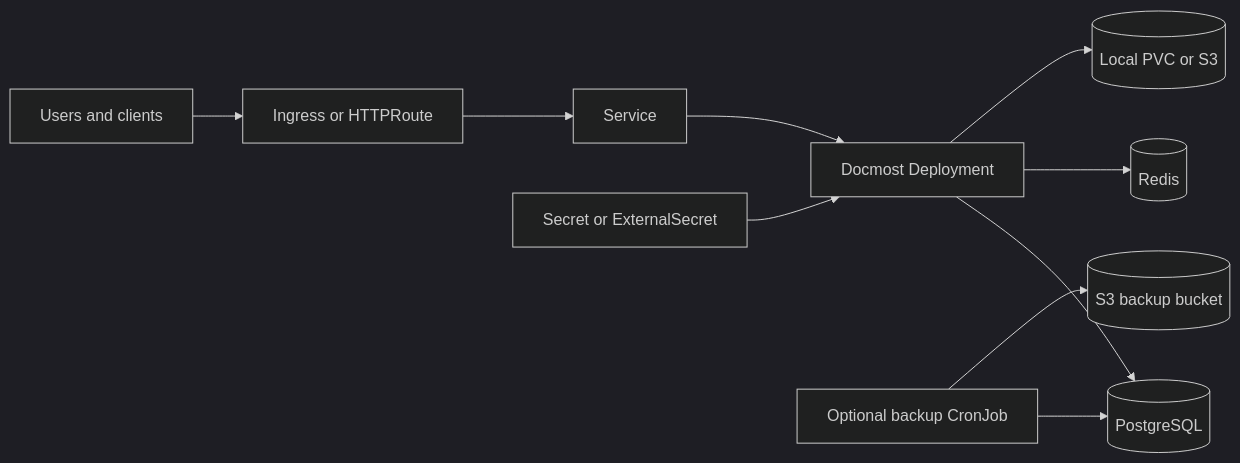
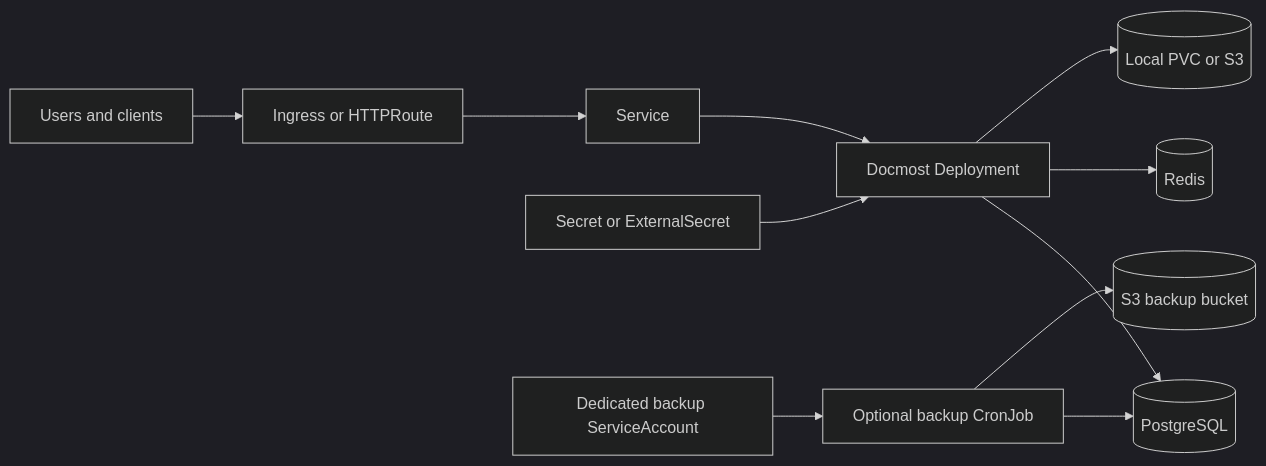
One commit to helmforgedev/charts changed the first of 2 diagrams in charts/docmost/DESIGN.md. Above: the diagram before and after it, drawn with Mermaid (dark theme). The commit also changed other lines of this file and 18 other files, not shown here.

````diff
--- a/charts/docmost/DESIGN.md
+++ b/charts/docmost/DESIGN.md
@@ -17,12 +17,13 @@
 ```mermaid
 flowchart LR
   user[Users and clients] --> route[Ingress or HTTPRoute]
   route --> service[Service]
   service --> app[Docmost Deployment]
   app --> postgres[(PostgreSQL)]
   app --> redis[(Redis)]
   app --> storage[(Local PVC or S3)]
   secret[Secret or ExternalSecret] --> app
-  backup[Optional backup CronJob] --> postgres
+  identity[Dedicated backup ServiceAccount] --> backup[Optional backup CronJob]
+  backup --> postgres
   backup --> backupStore[(S3 backup bucket)]
 ```
````
